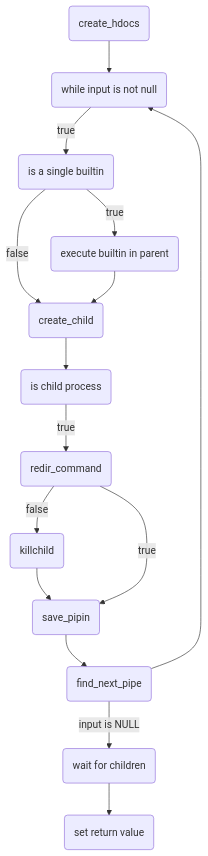
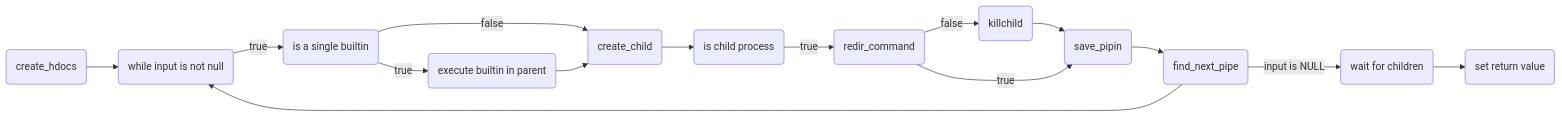
One commit to cdomet-d/minishell changed the first of 2 diagrams in README.md. Above: the diagram before and after it, drawn with Mermaid.

````diff
--- a/README.md
+++ b/README.md
@@ -53,19 +53,19 @@
 ```mermaid
-graph TD
+graph LR
 
 	C(create_hdocs)
 	C --> D(while input is not null)
 
 	D -->|true| E(is a single builtin)
 	E -->|true| F(execute builtin in parent)
 	E -->|false| G(create_child)
 
 	F --> G
 	G --> H(is child process)
 	H -->|true| I(redir_command)
 	I --> |false| J(killchild) --> K(save_pipin)
 	I --> |true| K
 	K--> L(find_next_pipe) --> D
 
 	L --> |input is NULL| CLOSE(wait for children) --> RETURN(set return value)
 ```
````
